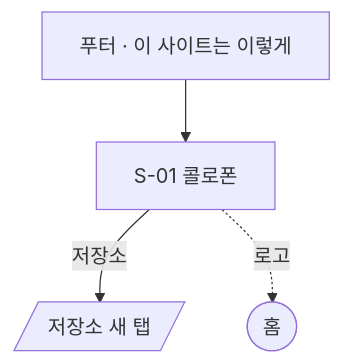
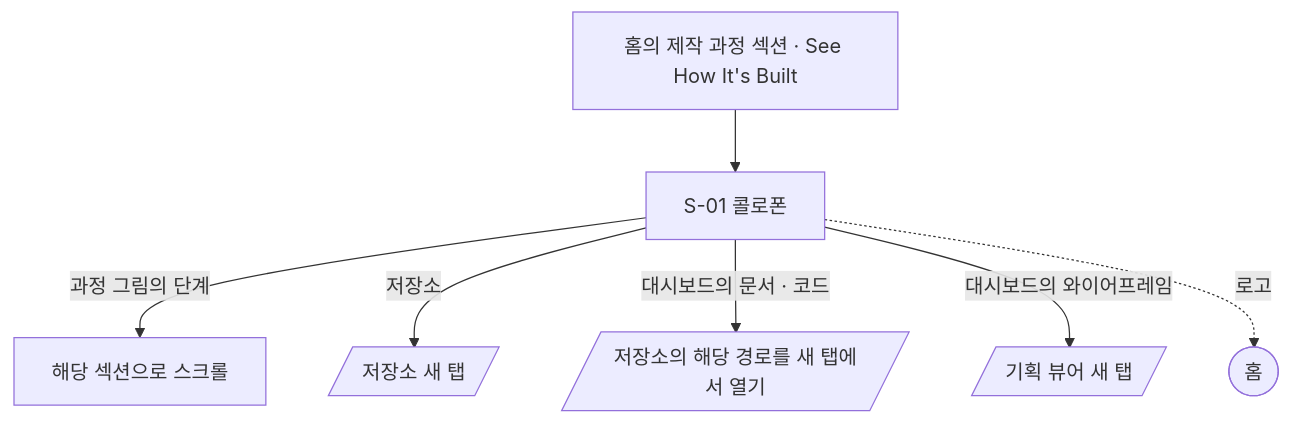
One commit to GUNIZZI/portfolio changed the diagram in docs/plan/colophon/userflow.md. Above: the diagram before and after it, drawn with Mermaid. The commit also changed other lines of this file and 32 other files, not shown here.

````diff
--- a/docs/plan/colophon/userflow.md
+++ b/docs/plan/colophon/userflow.md
@@ -7,6 +7,9 @@
 ```mermaid
 flowchart TD
-    FOOT["푸터 · 이 사이트는 이렇게"]:::step --> C["S-01 콜로폰"]:::screen
+    FOOT["홈의 제작 과정 섹션 · See How It's Built"]:::step --> C["S-01 콜로폰"]:::screen
+    C -->|"과정 그림의 단계"| SEC["해당 섹션으로 스크롤"]:::step
     C -->|"저장소"| GH[/"저장소 새 탭"/]:::api
+    C -->|"대시보드의 문서 · 코드"| GHD[/"저장소의 해당 경로를 새 탭에서 열기"/]:::api
+    C -->|"대시보드의 와이어프레임"| PV[/"기획 뷰어 새 탭"/]:::api
     C -.->|"로고"| HOME(["홈"]):::done
 ```
````
